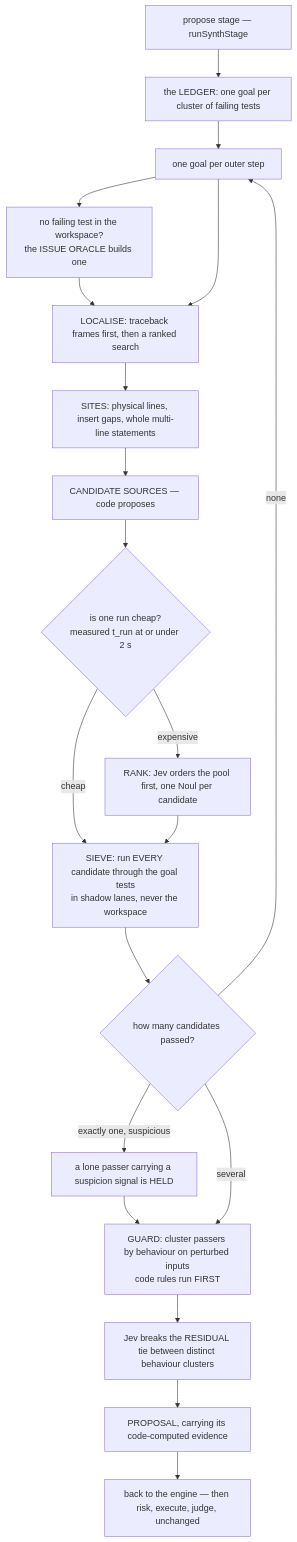
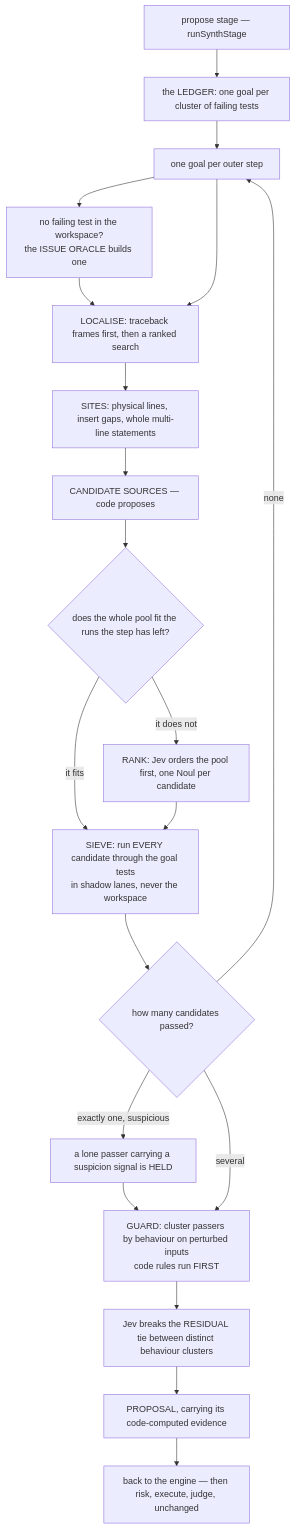
The diagram in docs/concepts/the-synthesizer.md (coasty-ai/JevCode), drawn with Mermaid before and after one commit. The commit also changed other lines of this file and 17 other files, not shown here.

First line of the commit message:
docs(site): the verification pass — eleven claims the source does not support, and twenty stale citations

````diff
--- a/docs/concepts/the-synthesizer.md
+++ b/docs/concepts/the-synthesizer.md
@@ -16,31 +16,31 @@
 ```mermaid
 flowchart TD
   ENTRY["propose stage — runSynthStage"]
   LEDGER["the LEDGER: one goal per cluster of failing tests"]
   PICK["one goal per outer step"]
   ORACLE["no failing test in the workspace?<br/>the ISSUE ORACLE builds one"]
   LOC["LOCALISE: traceback frames first, then a ranked search"]
   SITES["SITES: physical lines, insert gaps, whole multi-line statements"]
   SEEDS["CANDIDATE SOURCES — code proposes"]
-  BUDGET{"is one run cheap?<br/>measured t_run at or under 2 s"}
+  BUDGET{"does the whole pool fit the runs the step has left?"}
   SIEVE["SIEVE: run EVERY candidate through the goal tests<br/>in shadow lanes, never the workspace"]
   RANK["RANK: Jev orders the pool first, one Noul per candidate"]
   PASSERS{"how many candidates passed?"}
   GUARD["GUARD: cluster passers by behaviour on perturbed inputs<br/>code rules run FIRST"]
   JEVTIE["Jev breaks the RESIDUAL tie between distinct behaviour clusters"]
   HOLD["a lone passer carrying a suspicion signal is HELD"]
   PROP["PROPOSAL, carrying its code-computed evidence"]
   OUT["back to the engine — then risk, execute, judge, unchanged"]
 
   ENTRY --> LEDGER --> PICK
   PICK --> ORACLE --> LOC
   PICK --> LOC
   LOC --> SITES --> SEEDS --> BUDGET
-  BUDGET -->|"cheap"| SIEVE
-  BUDGET -->|"expensive"| RANK --> SIEVE
+  BUDGET -->|"it fits"| SIEVE
+  BUDGET -->|"it does not"| RANK --> SIEVE
   SIEVE --> PASSERS
   PASSERS -->|"exactly one, suspicious"| HOLD --> GUARD
   PASSERS -->|"several"| GUARD
   PASSERS -->|"none"| PICK
   GUARD --> JEVTIE --> PROP --> OUT
 ```
````
